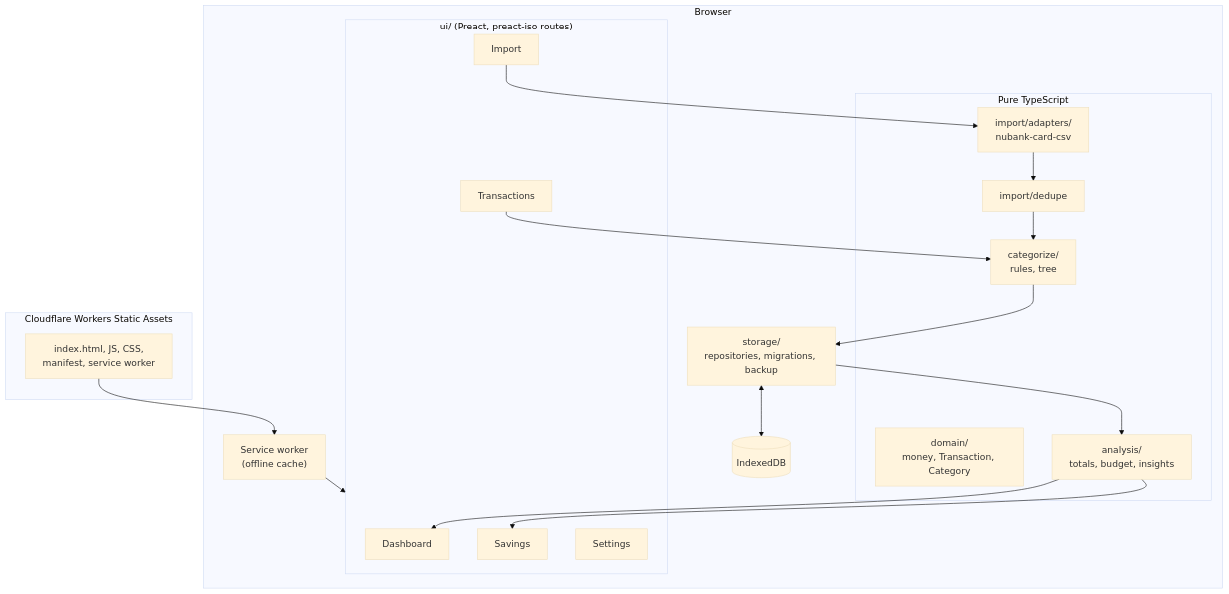
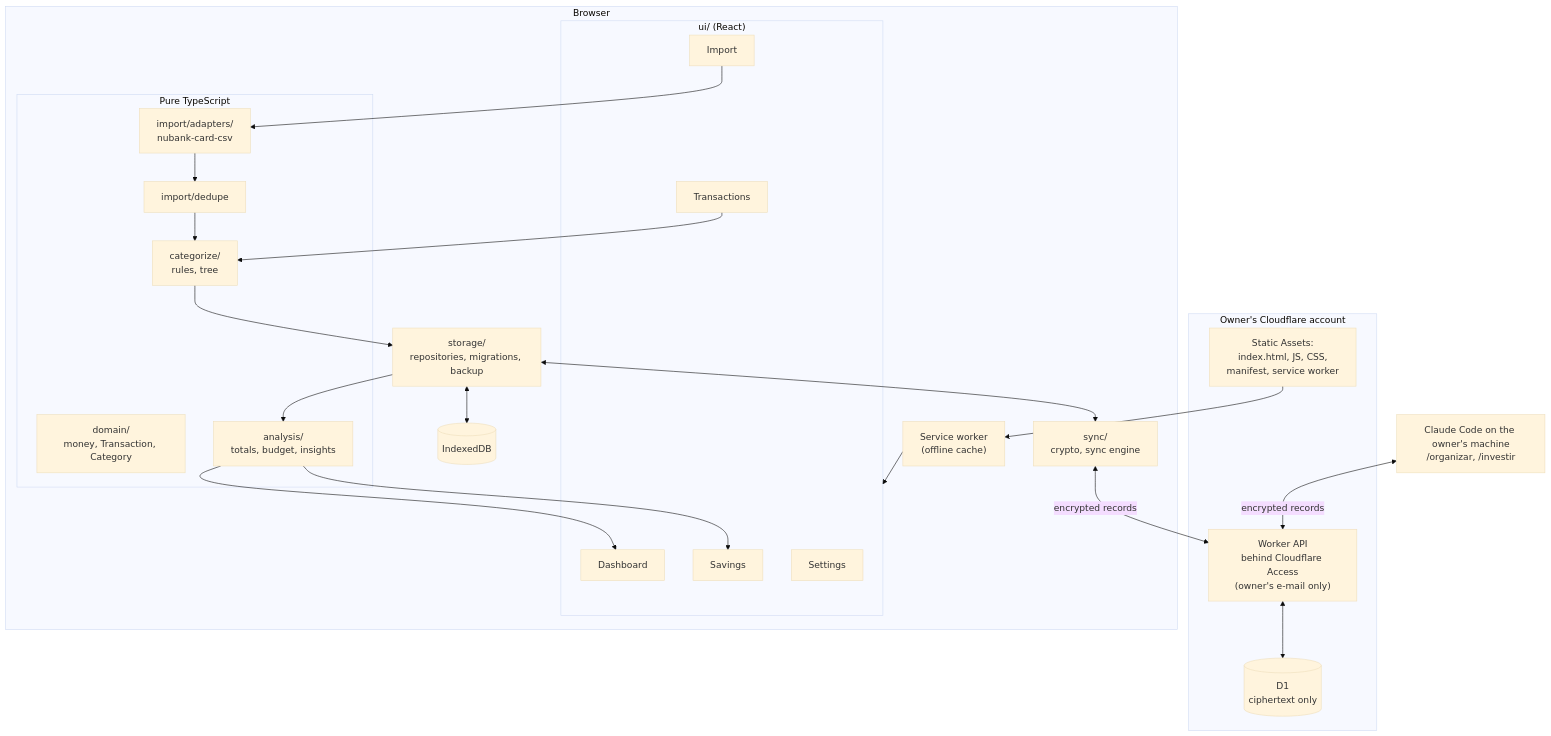
Before and after one commit to kauegalons/card-insights: the first of 4 diagrams in docs/spec/v1.md, drawn with Mermaid (base theme). The commit also changed other lines of this file and 16 other files, not shown here.

First line of the commit message:
docs: plan revision (own instance, E2E sync before the UI, React, assistant) (#19)

````diff
--- a/docs/spec/v1.md
+++ b/docs/spec/v1.md
@@ -15,30 +15,36 @@
 ```mermaid
 flowchart TB
-    subgraph host["Cloudflare Workers Static Assets"]
-        assets["index.html, JS, CSS,<br/>manifest, service worker"]
+    subgraph host["Owner's Cloudflare account"]
+        assets["Static Assets:<br/>index.html, JS, CSS,<br/>manifest, service worker"]
+        api["Worker API<br/>behind Cloudflare Access<br/>(owner's e-mail only)"]
+        d1[("D1<br/>ciphertext only")]
     end
+    cc["Claude Code on the owner's machine<br/>/organizar, /investir"]
     subgraph browser["Browser"]
-        subgraph ui["ui/ (Preact, preact-iso routes)"]
+        subgraph ui["ui/ (React)"]
             dash["Dashboard"]
             tx["Transactions"]
             sav["Savings"]
             imp["Import"]
             set["Settings"]
         end
         subgraph core["Pure TypeScript"]
             dom["domain/<br/>money, Transaction, Category"]
             adp["import/adapters/<br/>nubank-card-csv"]
             ded["import/dedupe"]
             cat["categorize/<br/>rules, tree"]
             ana["analysis/<br/>totals, budget, insights"]
         end
         sto["storage/<br/>repositories, migrations, backup"]
+        syn["sync/<br/>crypto, sync engine"]
         idb[("IndexedDB")]
         sw["Service worker<br/>(offline cache)"]
     end
     assets --> sw --> ui
     imp --> adp --> ded --> cat --> sto
     sto <--> idb
     sto --> ana --> dash & sav
     tx --> cat
+    sto <--> syn <-->|"encrypted records"| api <--> d1
+    cc <-->|"encrypted records"| api
 ```
````
